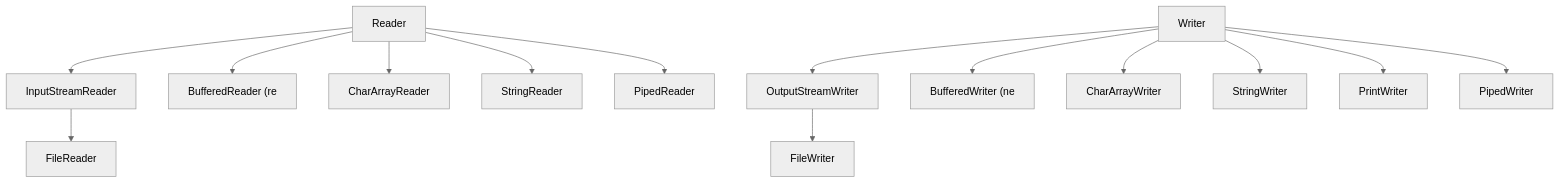
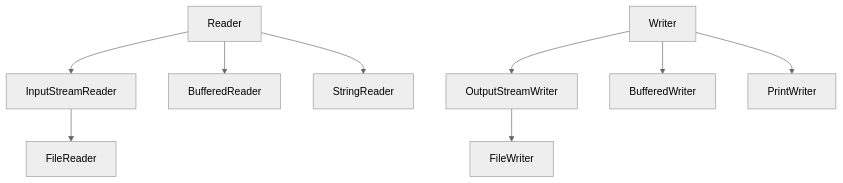
The fourth of 11 diagrams in _posts/java/2026-05-01-java-io.md (yjkim2015/yjkim2015.github.io), drawn with Mermaid (neutral theme) before and after one commit. The commit also changed other lines of this file and 155 other files, not shown here.

First line of the commit message:
Mermaid 전면 수정: subgraph 제거, participant/노드/줄수 축소 (342블록)

````diff
--- a/_posts/java/2026-05-01-java-io.md
+++ b/_posts/java/2026-05-01-java-io.md
@@ -62,9 +62,7 @@
 ```mermaid
 graph TD
-    RD["Reader"] --> ISR["InputStreamReader"]
-    ISR --> FR["FileReader"]
-    RD --> BR["BufferedReader (re"] & CAR["CharArrayReader"] & SR["StringReader"] & PR["PipedReader"]
-    WR["Writer"] --> OSW["OutputStreamWriter"]
-    OSW --> FW["FileWriter"]
-    WR --> BW["BufferedWriter (ne"] & CAW["CharArrayWriter"] & SW["StringWriter"] & PW["PrintWriter"] & PIW["PipedWriter"]
+    RD["Reader"] --> ISR["InputStreamReader"] --> FR["FileReader"]
+    RD --> BR["BufferedReader"] & SR["StringReader"]
+    WR["Writer"] --> OSW["OutputStreamWriter"] --> FW["FileWriter"]
+    WR --> BW["BufferedWriter"] & PW["PrintWriter"]
 ```
````
